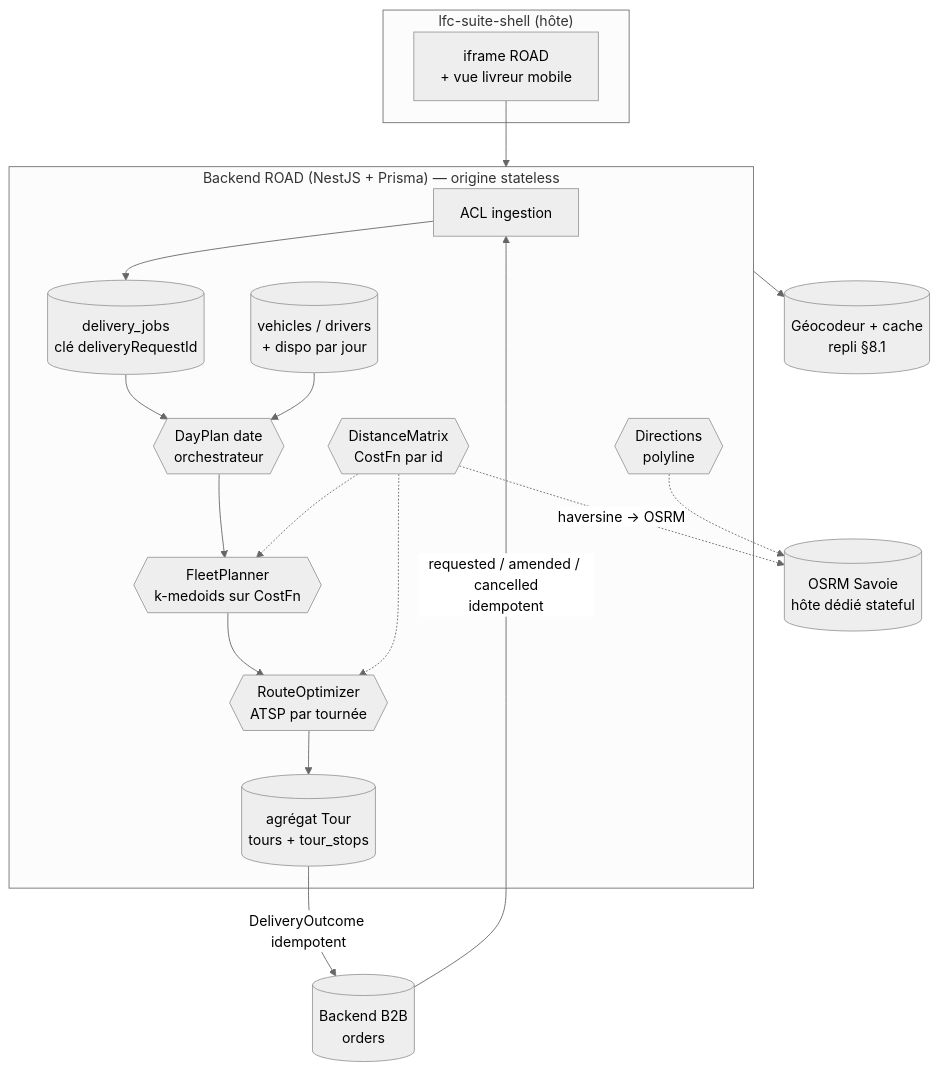
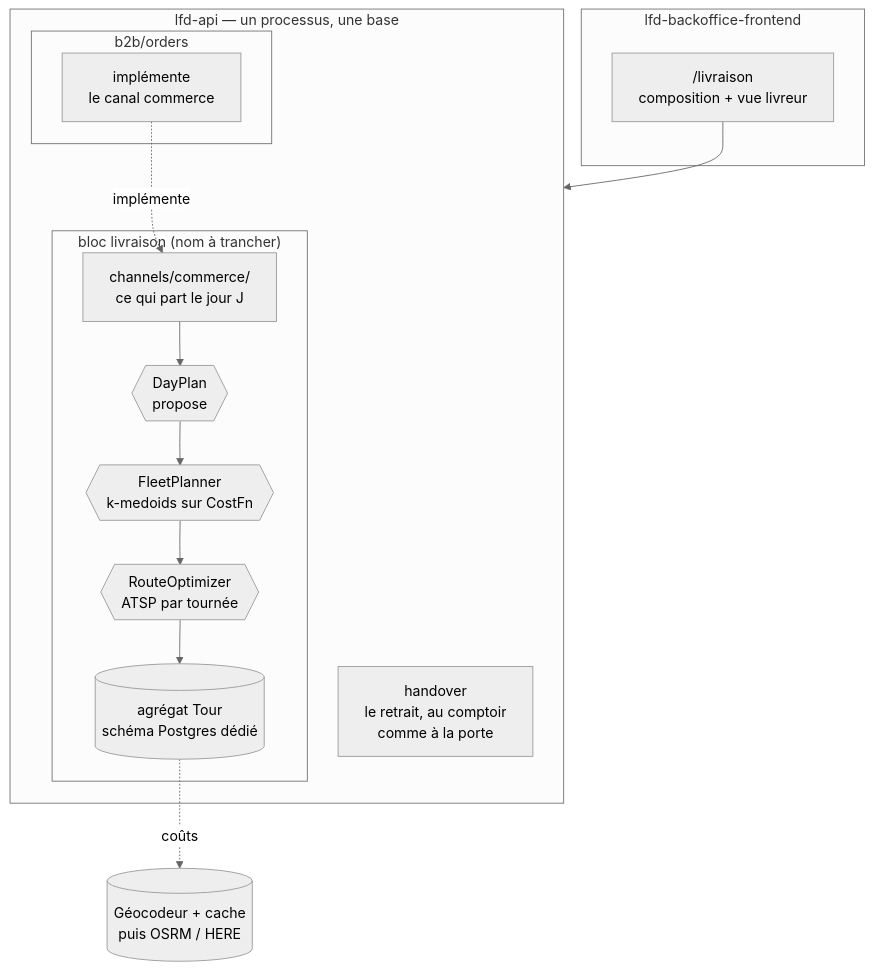
One commit to hugoheynard/lfd changed the second of 3 diagrams in documentation/livraisons/architecture-road-livraison-tournees.md. Above: the diagram before and after it, drawn with Mermaid (neutral theme). The commit also changed other lines of this file and 2 other files, not shown here.

First line of the commit message:
docs(livraisons): les tournées ne sont plus une application séparée

````diff
--- a/documentation/livraisons/architecture-road-livraison-tournees.md
+++ b/documentation/livraisons/architecture-road-livraison-tournees.md
@@ -101,29 +121,25 @@
 ```mermaid
 flowchart TB
-    subgraph Shell["lfc-suite-shell (hôte)"]
-        ROADui[iframe ROAD<br/>+ vue livreur mobile]
+    subgraph BO["lfd-backoffice-frontend"]
+        UI["/livraison<br/>composition + vue livreur"]
     end
 
-    B2Bback[(Backend B2B<br/>orders)] -->|requested / amended / cancelled<br/>idempotent| ACL[ACL ingestion]
-
-    subgraph ROADback["Backend ROAD (NestJS + Prisma) — origine stateless"]
-        ACL --> Jobs[(delivery_jobs<br/>clé deliveryRequestId)]
-        Fleet[(vehicles / drivers<br/>+ dispo par jour)]
-        Day{{DayPlan date<br/>orchestrateur}}
-        Jobs --> Day
-        Fleet --> Day
-        Day --> Planner{{FleetPlanner<br/>k-medoids sur CostFn}}
-        Planner --> Opt{{RouteOptimizer<br/>ATSP par tournée}}
-        Cost{{DistanceMatrix<br/>CostFn par id}}
-        Cost -.-> Planner
-        Cost -.-> Opt
-        Opt --> Tours[(agrégat Tour<br/>tours + tour_stops)]
-        Dir{{Directions<br/>polyline}}
+    subgraph API["lfd-api — un processus, une base"]
+        subgraph B2B["b2b/orders"]
+            Impl["implémente<br/>le canal commerce"]
+        end
+        subgraph LIV["bloc livraison (nom à trancher)"]
+            Port["channels/commerce/<br/>ce qui part le jour J"]
+            Day{{DayPlan<br/>propose}}
+            Planner{{FleetPlanner<br/>k-medoids sur CostFn}}
+            Opt{{RouteOptimizer<br/>ATSP par tournée}}
+            Tours[(agrégat Tour<br/>schéma Postgres dédié)]
+            Port --> Day --> Planner --> Opt --> Tours
+        end
+        HO["handover<br/>le retrait, au comptoir<br/>comme à la porte"]
+        Impl -.->|implémente| Port
     end
 
-    Cost -.->|haversine → OSRM| OSRM[(OSRM Savoie<br/>hôte dédié stateful)]
-    Dir -.-> OSRM
-    Tours -->|DeliveryOutcome idempotent| B2Bback
-    ROADui --> ROADback
-    ROADback --> Geo[(Géocodeur + cache<br/>repli §8.1)]
+    UI --> API
+    Tours -.->|coûts| Geo[(Géocodeur + cache<br/>puis OSRM / HERE)]
 ```
````
